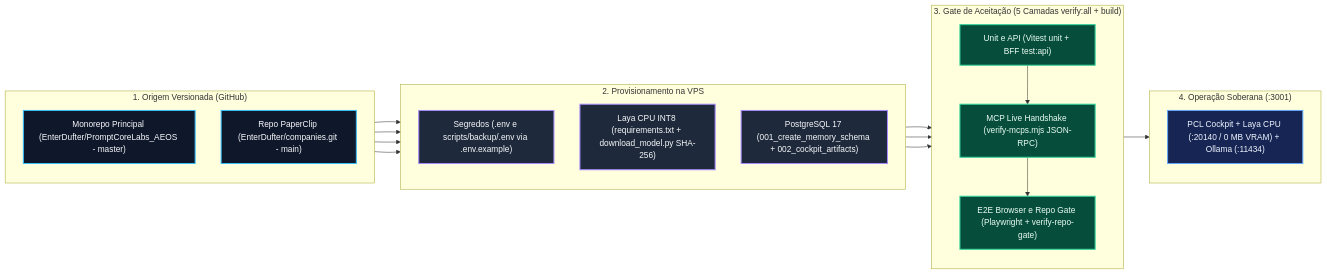
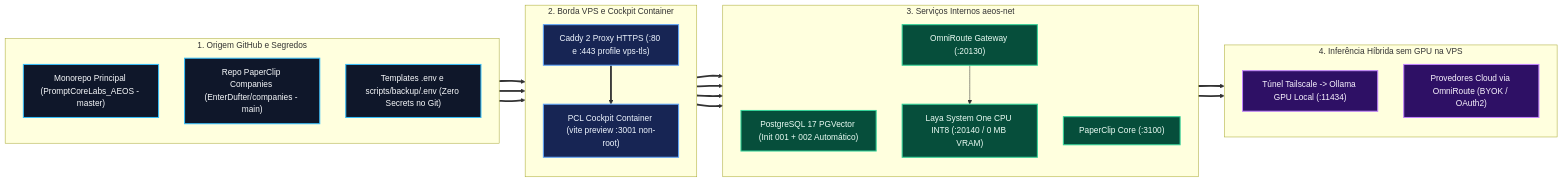
Before and after one commit to EnterDufter/PromptCoreLabs_AEOS: the diagram in docs/VPS_BOOTSTRAP_AND_SYNC.md, drawn with Mermaid. The commit also changed other lines of this file and 19 other files, not shown here.

Commit message:
feat(aeos-gate2): checkpoint Gate 2 (Docker, Caddy, Laya INT8, Dual-Track G-00) e spec Graphify (SPEC-PCL-AEOS-CODEGRAPH-04)

````diff
--- a/docs/VPS_BOOTSTRAP_AND_SYNC.md
+++ b/docs/VPS_BOOTSTRAP_AND_SYNC.md
@@ -35,41 +38,46 @@
 ```mermaid
 flowchart LR
     classDef repo fill:#0f172a,stroke:#38bdf8,stroke-width:2px,color:#f8fafc
-    classDef asset fill:#1e293b,stroke:#a78bfa,stroke-width:2px,color:#f8fafc
-    classDef gate fill:#064e3b,stroke:#34d399,stroke-width:2px,color:#ecfdf5
-    classDef prod fill:#172554,stroke:#60a5fa,stroke-width:2px,color:#eff6ff
+    classDef edge fill:#172554,stroke:#60a5fa,stroke-width:2px,color:#eff6ff
+    classDef core fill:#064e3b,stroke:#34d399,stroke-width:2px,color:#ecfdf5
+    classDef route fill:#2e1065,stroke:#c084fc,stroke-width:2px,color:#faf5ff
 
-    subgraph ORIGEM["1. Origem Versionada (GitHub)"]
+    subgraph ORIGEM["1. Origem GitHub e Segredos"]
         direction TB
-        R1["Monorepo Principal (EnterDufter/PromptCoreLabs_AEOS - master)"]:::repo
-        R2["Repo PaperClip (EnterDufter/companies.git - main)"]:::repo
+        R1["Monorepo Principal (PromptCoreLabs_AEOS - master)"]:::repo
+        R2["Repo PaperClip Companies (EnterDufter/companies - main)"]:::repo
+        ENV["Templates .env e scripts/backup/.env (Zero Secrets no Git)"]:::repo
     end
 
-    subgraph PROVISION["2. Provisionamento na VPS"]
+    subgraph EDGE["2. Borda VPS e Cockpit Container"]
         direction TB
-        ENV["Segredos (.env e scripts/backup/.env via .env.example)"]:::asset
-        ONNX["Laya CPU INT8 (requirements.txt + download_model.py SHA-256)"]:::asset
-        PG["PostgreSQL 17 (001_create_memory_schema + 002_cockpit_artifacts)"]:::asset
+        CAD["Caddy 2 Proxy HTTPS (:80 e :443 profile vps-tls)"]:::edge
+        CKP["PCL Cockpit Container (vite preview :3001 non-root)"]:::edge
     end
 
-    subgraph GATE["3. Gate de Aceitação (5 Camadas verify:all + build)"]
+    subgraph CORE["3. Serviços Internos aeos-net"]
         direction TB
-        G1["Unit e API (Vitest unit + BFF test:api)"]:::gate
-        G2["MCP Live Handshake (verify-mcps.mjs JSON-RPC)"]:::gate
-        G3["E2E Browser e Repo Gate (Playwright + verify-repo-gate)"]:::gate
+        DB["PostgreSQL 17 PGVector (Init 001 + 002 Automático)"]:::core
+        LAYA["Laya System One CPU INT8 (:20140 / 0 MB VRAM)"]:::core
+        OMNI["OmniRoute Gateway (:20130)"]:::core
+        PCLIP["PaperClip Core (:3100)"]:::core
     end
 
-    subgraph RUNTIME["4. Operação Soberana (:3001)"]
+    subgraph HYBRID["4. Inferência Híbrida sem GPU na VPS"]
         direction TB
-        RUN["PCL Cockpit + Laya CPU (:20140 / 0 MB VRAM) + Ollama (:11434)"]:::prod
+        TAIL["Túnel Tailscale -> Ollama GPU Local (:11434)"]:::route
+        BYOK["Provedores Cloud via OmniRoute (BYOK / OAuth2)"]:::route
     end
 
-    R1 --> ENV
-    R1 --> ONNX
-    R1 --> PG
-    R2 --> ONNX
-    ENV --> G1
-    ONNX --> G2
-    PG --> G1
-    G1 --> G2 --> G3 --> RUN
+    R1 ==> CKP
+    R2 ==> CKP
+    ENV ==> CAD
+    CAD ==> CKP
+    CKP ==> DB
+    CKP ==> LAYA
+    CKP ==> OMNI
+    CKP ==> PCLIP
+    OMNI --> LAYA
+    OMNI ==> TAIL
+    OMNI ==> BYOK
 ```
````
